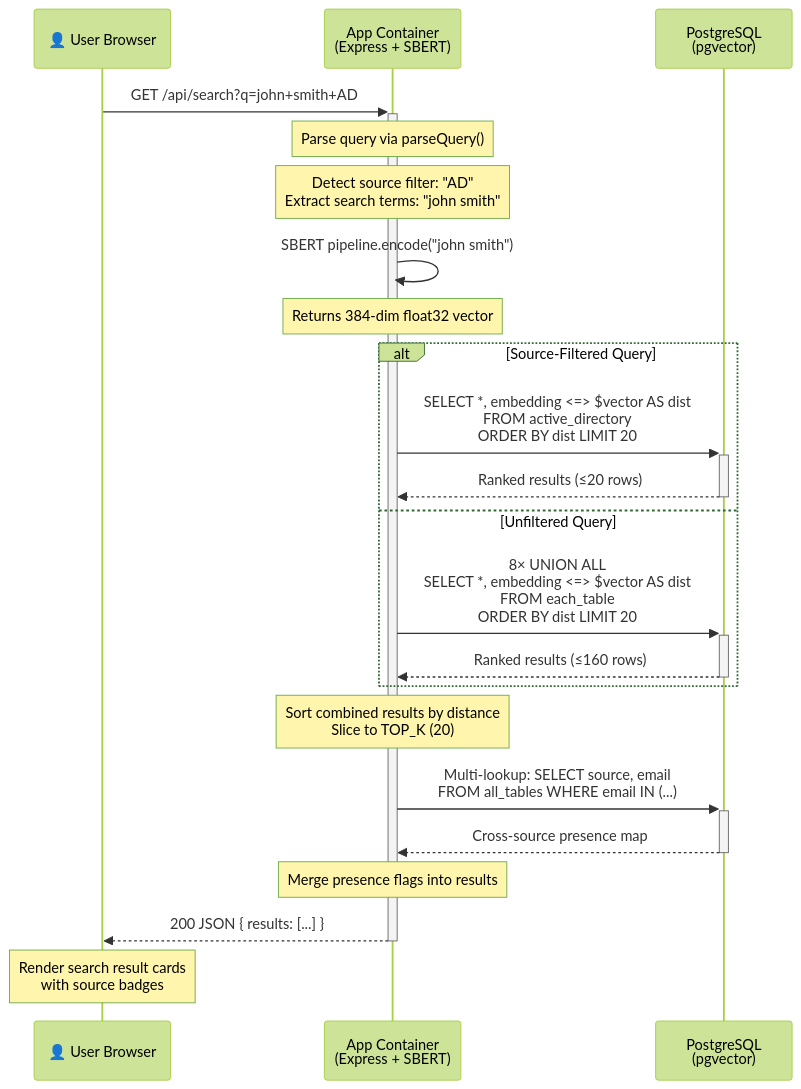
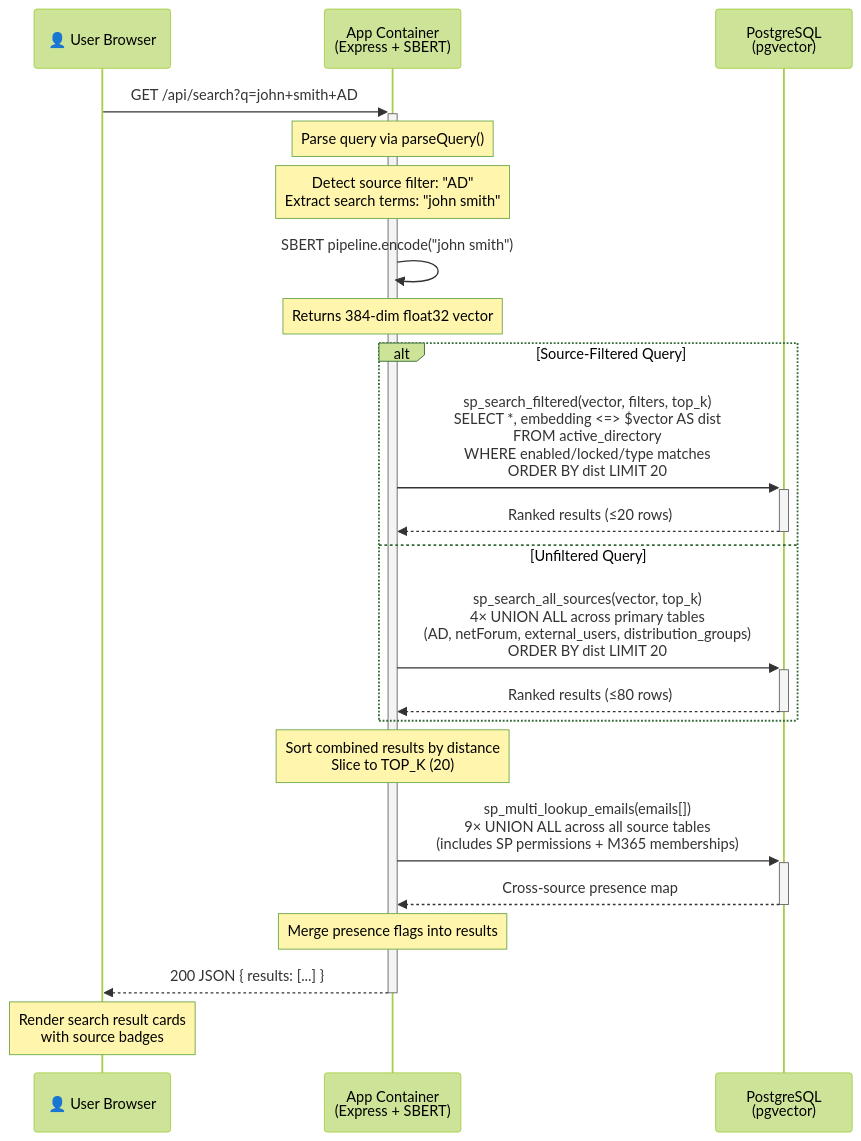
One commit to sjackshaw/user-search changed the diagram in docs/diagrams/search-sequence.md. Above: the diagram before and after it, drawn with Mermaid (forest theme). The commit also changed 30 other files, not shown here.

````diff
--- a/docs/diagrams/search-sequence.md
+++ b/docs/diagrams/search-sequence.md
@@ -3,33 +3,33 @@
 ```mermaid
 sequenceDiagram
     participant U as 👤 User Browser
     participant A as App Container<br/>(Express + SBERT)
     participant P as PostgreSQL<br/>(pgvector)
 
     U->>+A: GET /api/search?q=john+smith+AD
 
     Note over A: Parse query via parseQuery()
     Note over A: Detect source filter: "AD"<br/>Extract search terms: "john smith"
 
     A->>A: SBERT pipeline.encode("john smith")
     Note over A: Returns 384-dim float32 vector
 
     alt Source-Filtered Query
-        A->>+P: SELECT *, embedding <=> $vector AS dist<br/>FROM active_directory<br/>ORDER BY dist LIMIT 20
+        A->>+P: sp_search_filtered(vector, filters, top_k)<br/>SELECT *, embedding <=> $vector AS dist<br/>FROM active_directory<br/>WHERE enabled/locked/type matches<br/>ORDER BY dist LIMIT 20
         P-->>-A: Ranked results (≤20 rows)
     else Unfiltered Query
-        A->>+P: 8× UNION ALL<br/>SELECT *, embedding <=> $vector AS dist<br/>FROM each_table<br/>ORDER BY dist LIMIT 20
-        P-->>-A: Ranked results (≤160 rows)
+        A->>+P: sp_search_all_sources(vector, top_k)<br/>4× UNION ALL across primary tables<br/>(AD, netForum, external_users, distribution_groups)<br/>ORDER BY dist LIMIT 20
+        P-->>-A: Ranked results (≤80 rows)
     end
 
     Note over A: Sort combined results by distance<br/>Slice to TOP_K (20)
 
-    A->>+P: Multi-lookup: SELECT source, email<br/>FROM all_tables WHERE email IN (...)
+    A->>+P: sp_multi_lookup_emails(emails[])<br/>9× UNION ALL across all source tables<br/>(includes SP permissions + M365 memberships)
     P-->>-A: Cross-source presence map
 
     Note over A: Merge presence flags into results
 
     A-->>-U: 200 JSON { results: [...] }
 
     Note over U: Render search result cards<br/>with source badges
 ```
````
